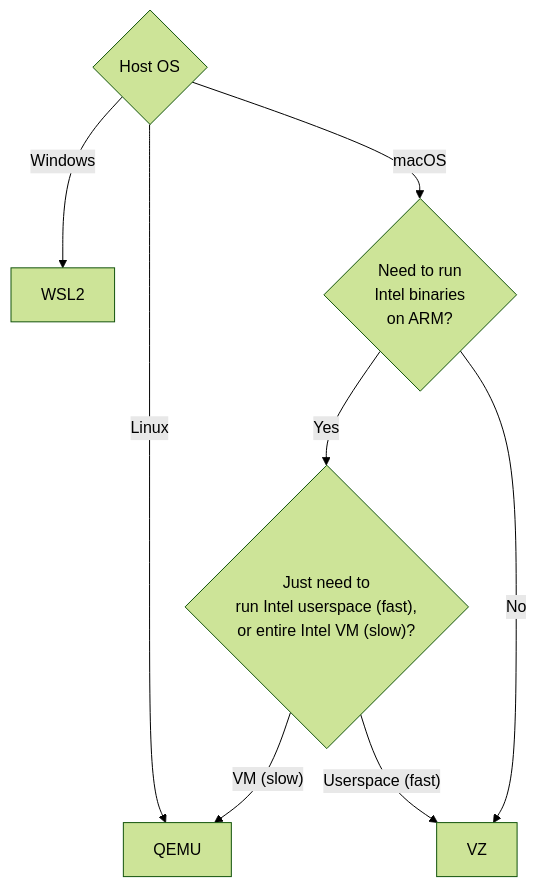
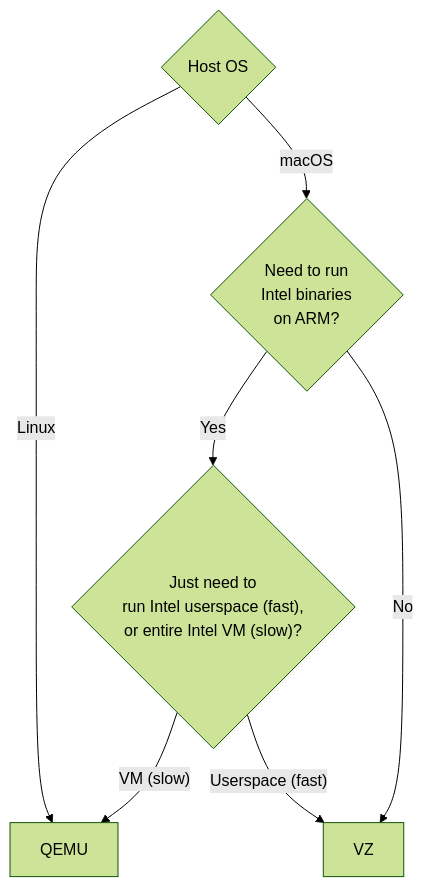
Before and after one commit to lima-vm/lima: the diagram in website/content/en/docs/Config/VMType/_index.md, drawn with Mermaid (forest theme). The commit also changed other lines of this file and 2 other files, not shown here.

Commit message:
wsl2: temporarily remove docs
Temporarily remove the wsl2 docs, as the wsl2 driver does not seem to work.
See PR 1826 for a failed attempt to get it work.

````diff
--- a/website/content/en/docs/Config/VMType/_index.md
+++ b/website/content/en/docs/Config/VMType/_index.md
@@ -14,10 +14,9 @@
 ```mermaid
 flowchart
-  host{"Host OS"} -- "Windows" --> wsl2["WSL2"]
-  host -- "Linux" --> qemu["QEMU"]
+  host{"Host OS"} -- "Linux" --> qemu["QEMU"]
   host -- "macOS" --> intel_on_arm{"Need to run <br> Intel binaries <br> on ARM?"}
   intel_on_arm -- "Yes" --> just_elf{"Just need to <br> run Intel userspace (fast), <br> or entire Intel VM (slow)?"}
   just_elf -- "Userspace (fast)" --> vz
   just_elf -- "VM (slow)" --> qemu
   intel_on_arm --  "No" --> vz["VZ"]
 ```
````
